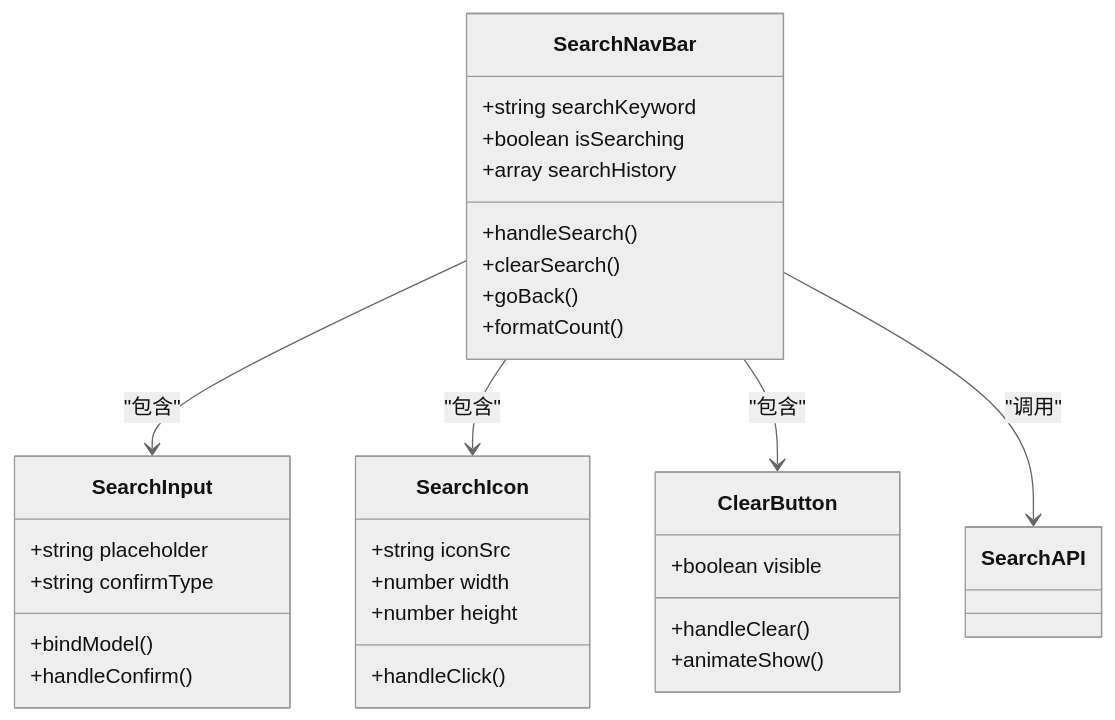
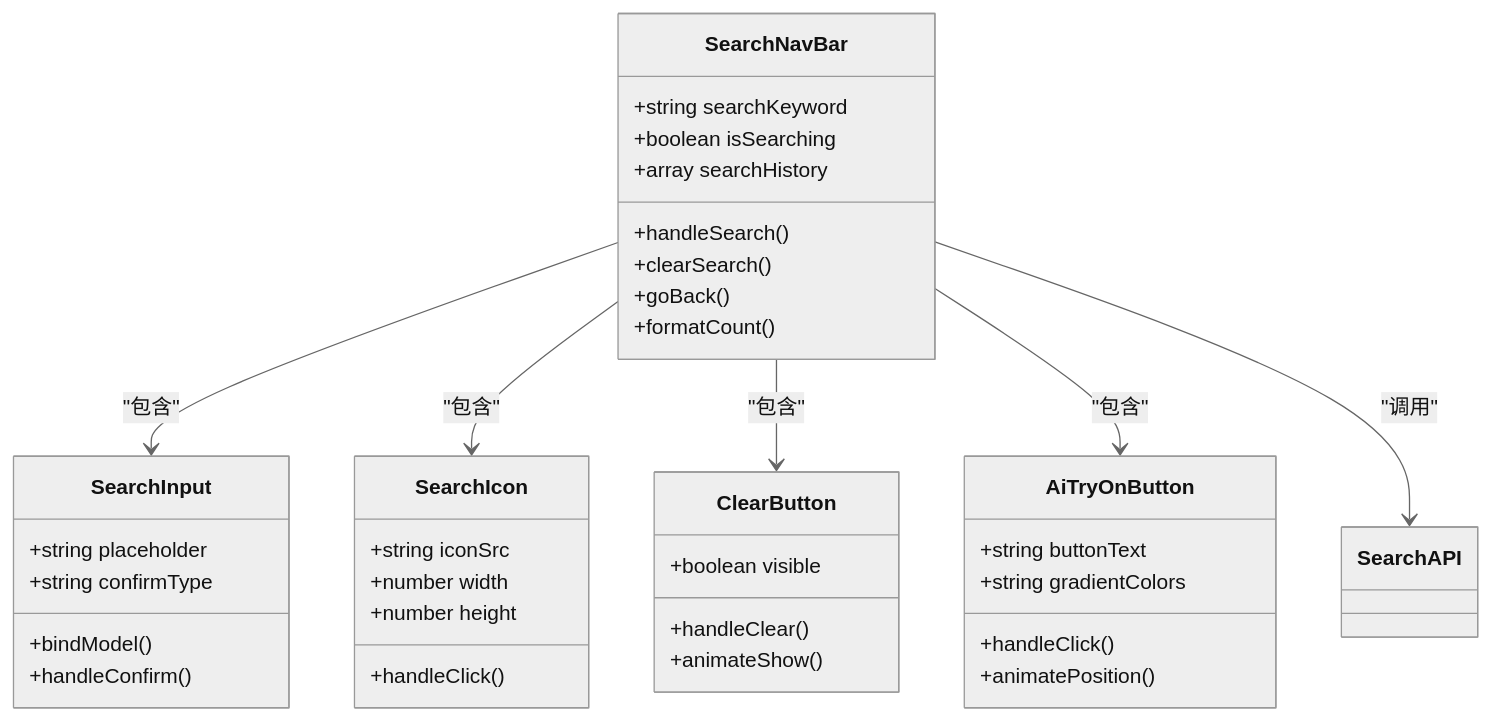
One commit to crazyma99/blueberry changed the fourth of 5 diagrams in .qoder/repowiki/zh/content/UI组件系统/SearchNavBar组件.md. Above: the diagram before and after it, drawn with Mermaid (neutral theme). The commit also changed other lines of this file and 8 other files, not shown here.

````diff
--- a/.qoder/repowiki/zh/content/UI组件系统/SearchNavBar组件.md
+++ b/.qoder/repowiki/zh/content/UI组件系统/SearchNavBar组件.md
@@ -208,33 +220,40 @@
 ```mermaid
 classDiagram
 class SearchNavBar {
 +string searchKeyword
 +boolean isSearching
 +array searchHistory
 +handleSearch()
 +clearSearch()
 +goBack()
 +formatCount()
 }
 class SearchInput {
 +string placeholder
 +string confirmType
 +bindModel()
 +handleConfirm()
 }
 class SearchIcon {
 +string iconSrc
 +number width
 +number height
 +handleClick()
 }
 class ClearButton {
 +boolean visible
 +handleClear()
 +animateShow()
 }
+class AiTryOnButton {
++string buttonText
++string gradientColors
++handleClick()
++animatePosition()
+}
 SearchNavBar --> SearchInput : "包含"
 SearchNavBar --> SearchIcon : "包含"
 SearchNavBar --> ClearButton : "包含"
+SearchNavBar --> AiTryOnButton : "包含"
 SearchNavBar --> SearchAPI : "调用"
 ```
````
